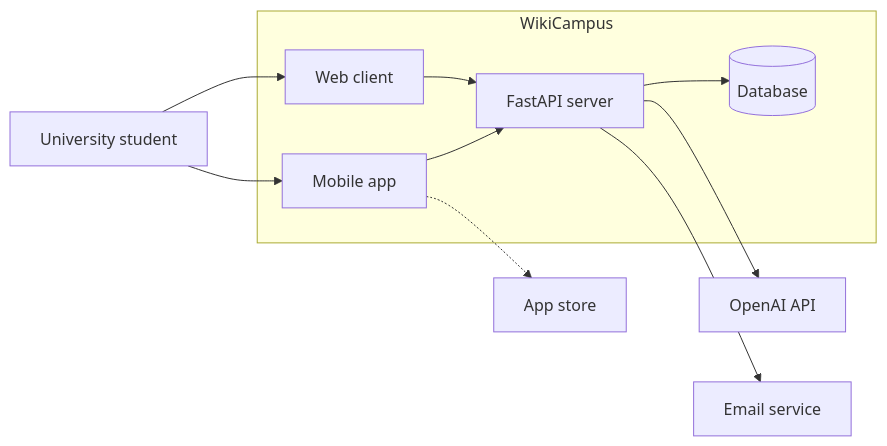
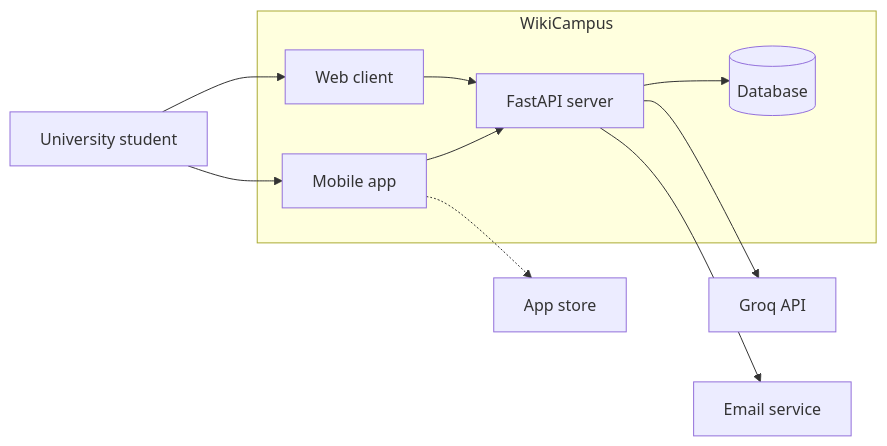
Before and after one commit to Doanmet/aiasd-project: the diagram in PROPOSAL.md, drawn with Mermaid. The commit also changed other lines of this file and 6 other files, not shown here.

````diff
--- a/PROPOSAL.md
+++ b/PROPOSAL.md
@@ -20,13 +20,13 @@
 ```mermaid
 flowchart LR
   Student[University student] --> Web[Web client]
   Student --> Mobile[Mobile app]
   subgraph SYS[WikiCampus]
     Web --> API[FastAPI server]
     Mobile --> API
     API --> DB[(Database)]
   end
-  API --> LLM[OpenAI API]
+  API --> LLM[Groq API]
   API --> Mail[Email service]
   Mobile -.-> Store[App store]
 ```
````
